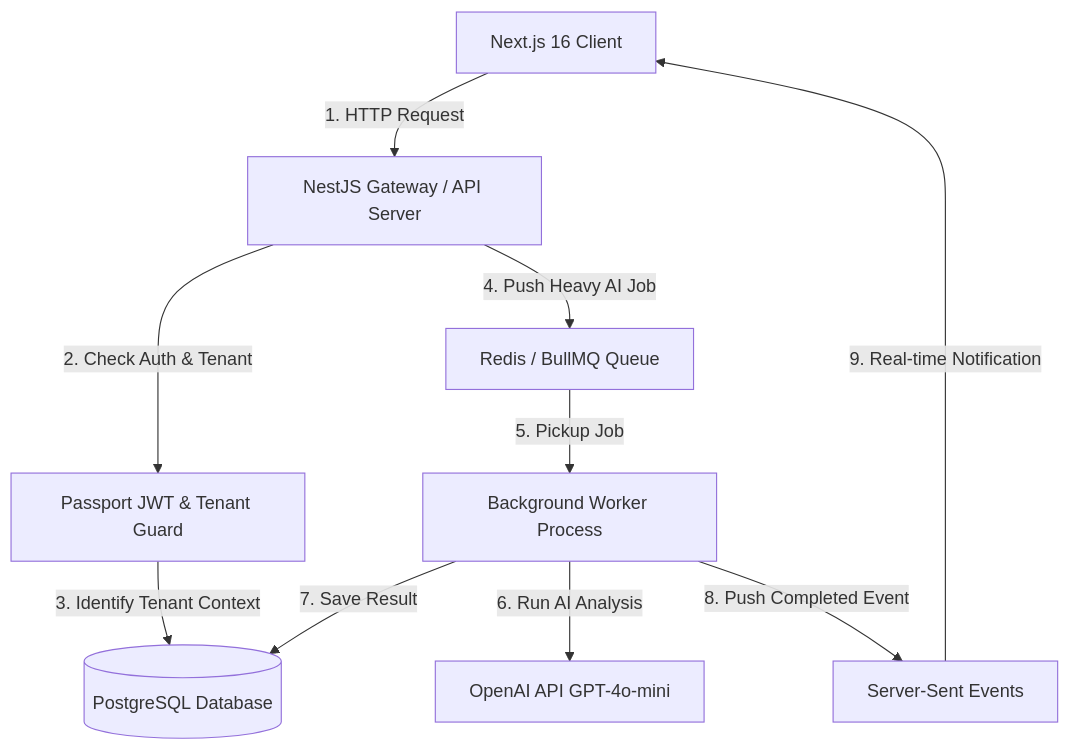
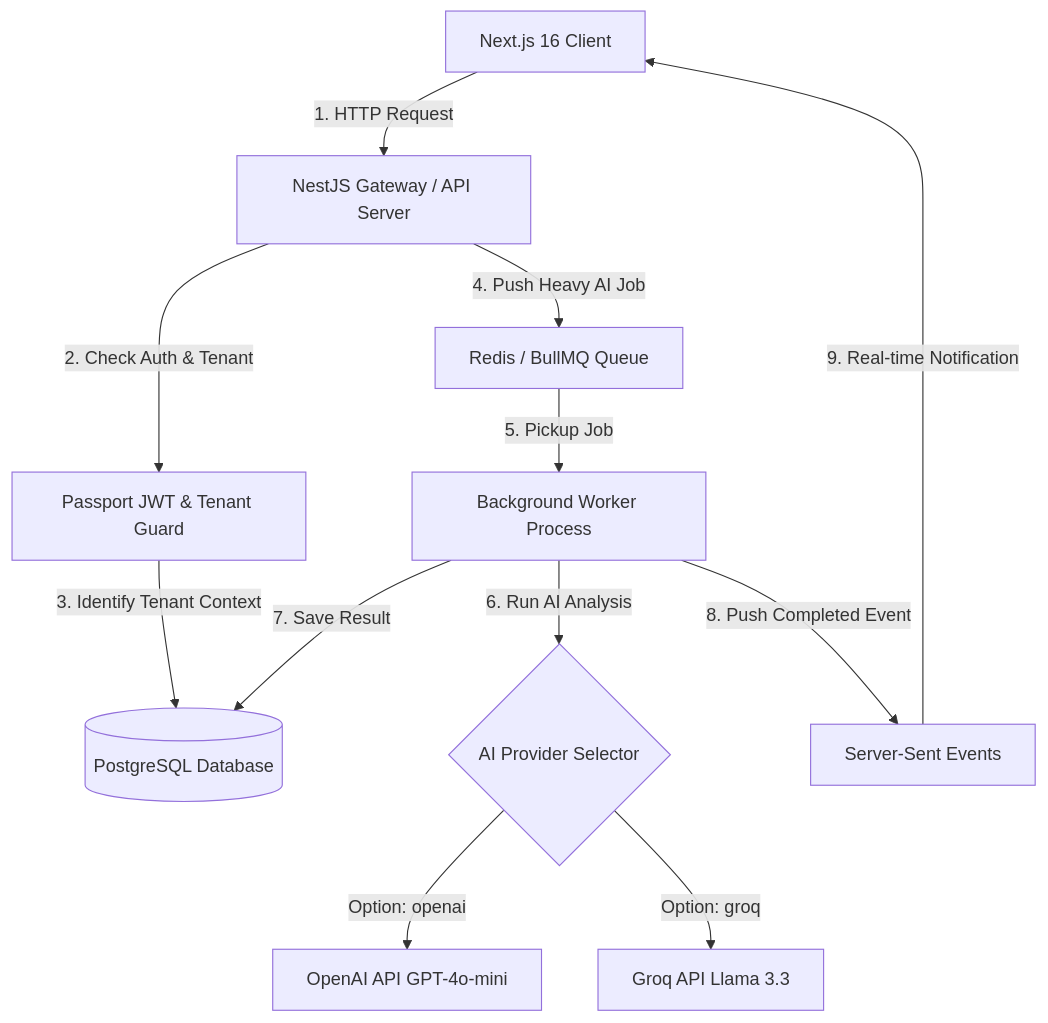
The first of 2 diagrams in README.md (MinhThuan1807/crm-saas), drawn with Mermaid before and after one commit. The commit also changed other lines of this file and 6 other files, not shown here.

````diff
--- a/README.md
+++ b/README.md
@@ -62,13 +63,15 @@
 ```mermaid
 graph TD
     Client[Next.js 16 Client] -->|1. HTTP Request| Gateway[NestJS Gateway / API Server]
     Gateway -->|2. Check Auth & Tenant| Guard[Passport JWT & Tenant Guard]
     Guard -->|3. Identify Tenant Context| DB[(PostgreSQL Database)]
     
     Gateway -->|4. Push Heavy AI Job| Queue[Redis / BullMQ Queue]
     Queue -->|5. Pickup Job| Worker[Background Worker Process]
-    Worker -->|6. Run AI Analysis| OpenAI[OpenAI API GPT-4o-mini]
+    Worker -->|6. Run AI Analysis| AI_Selector{AI Provider Selector}
+    AI_Selector -->|Option: openai| OpenAI[OpenAI API GPT-4o-mini]
+    AI_Selector -->|Option: groq| Groq[Groq API Llama 3.3]
     Worker -->|7. Save Result| DB
     Worker -->|8. Push Completed Event| SSE[Server-Sent Events]
     SSE -->|9. Real-time Notification| Client
 ```
````
